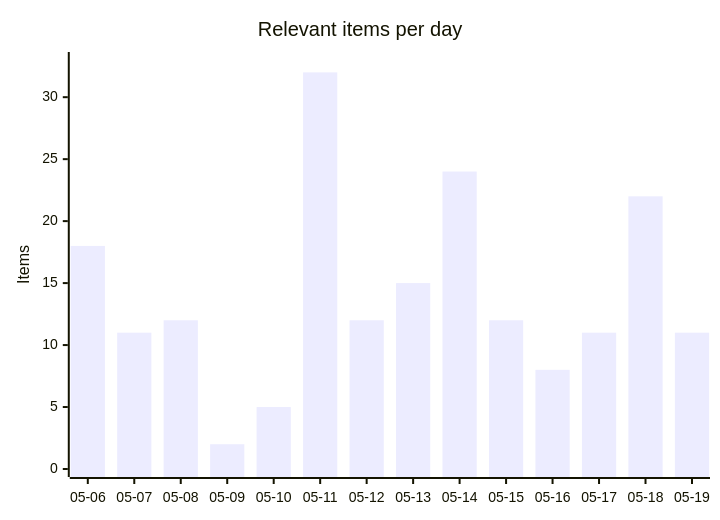
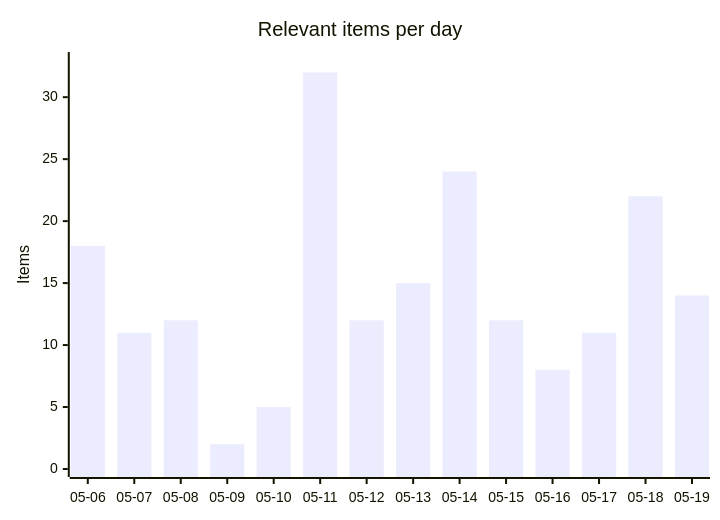
One commit to martinbalfanz/social-scanner-reports changed the first of 4 diagrams in README.md. Above: the diagram before and after it, drawn with Mermaid. The commit also changed other lines of this file and 2 other files, not shown here.

````diff
--- a/README.md
+++ b/README.md
@@ -30,7 +30,7 @@
 ```mermaid
 xychart-beta
     title "Relevant items per day"
     x-axis ["05-06", "05-07", "05-08", "05-09", "05-10", "05-11", "05-12", "05-13", "05-14", "05-15", "05-16", "05-17", "05-18", "05-19"]
     y-axis "Items" 0 --> 33
-    bar [18, 11, 12, 2, 5, 32, 12, 15, 24, 12, 8, 11, 22, 11]
+    bar [18, 11, 12, 2, 5, 32, 12, 15, 24, 12, 8, 11, 22, 14]
 ```
````
